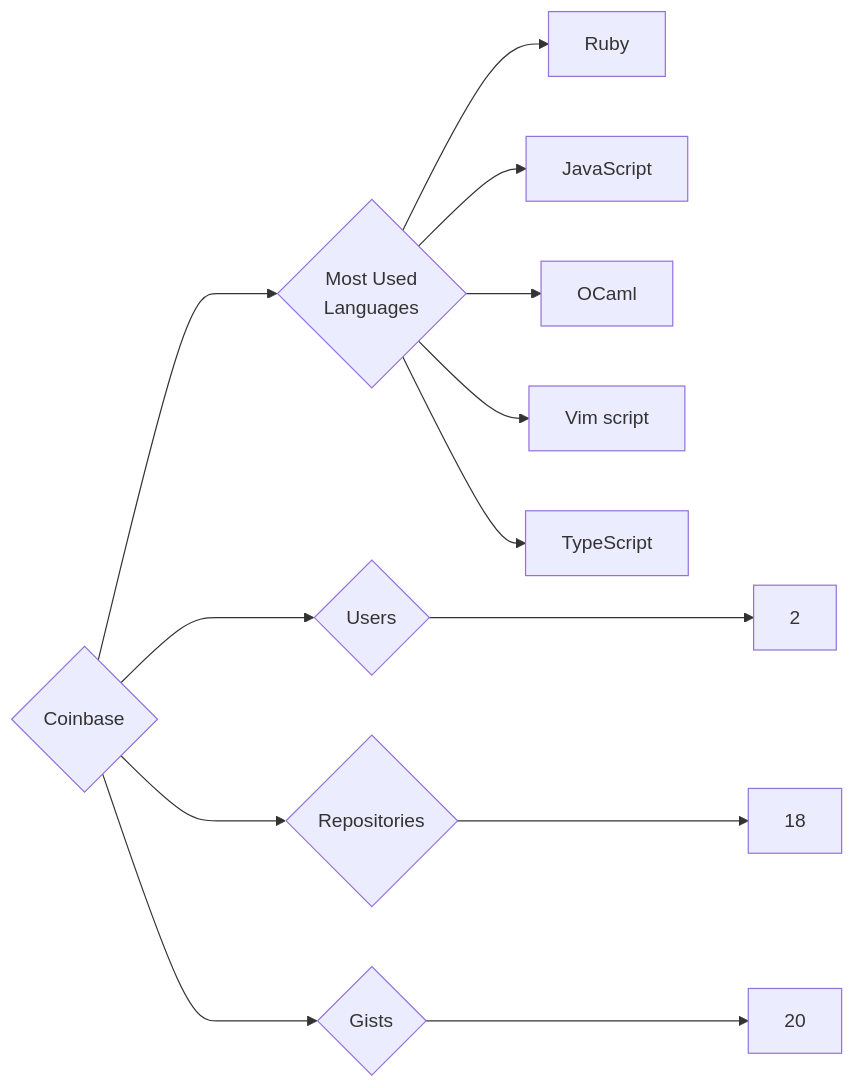
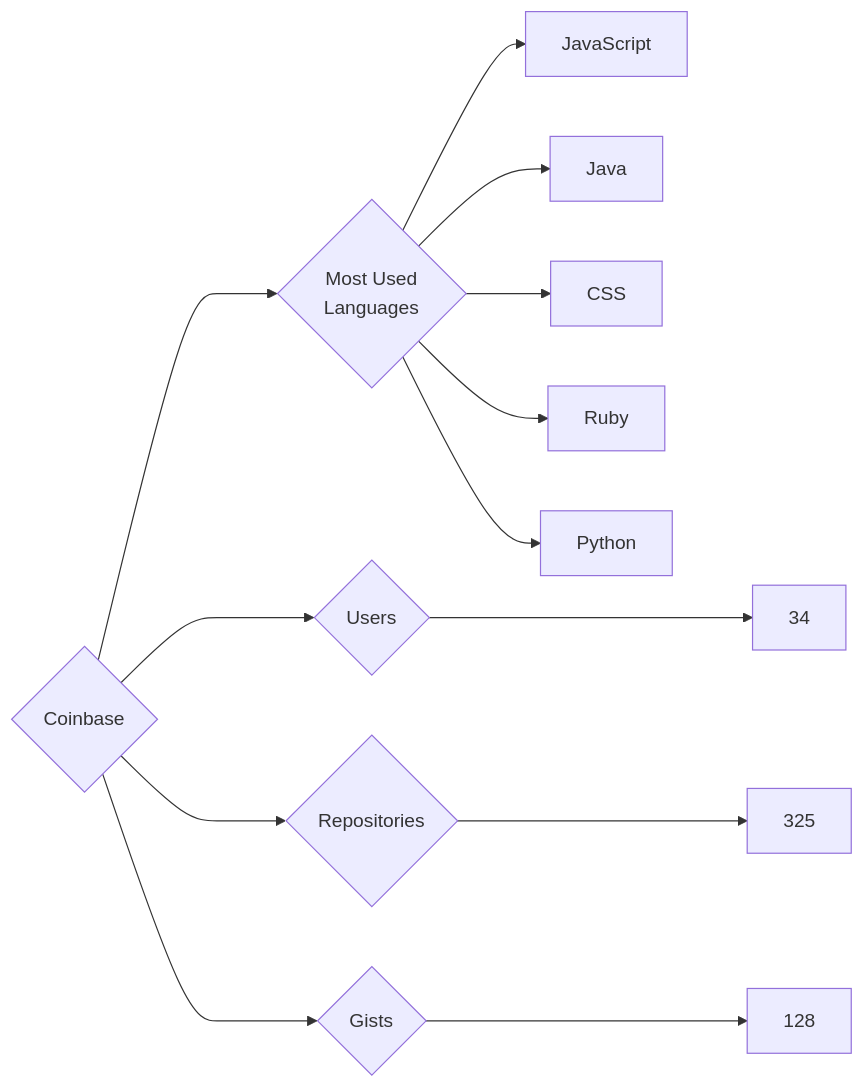
One commit to trickest/insiders changed the diagram in targets/Coinbase/README.md. Above: the diagram before and after it, drawn with Mermaid. The commit also changed 847 other files, not shown here.

````diff
--- a/targets/Coinbase/README.md
+++ b/targets/Coinbase/README.md
@@ -3,13 +3,13 @@
 ```mermaid
 graph LR
 COMPANY_NAME{Coinbase}
-COMPANY_NAME ---> U{Users} ---> UN[2]
-COMPANY_NAME ---> R{Repositories} ---> RN[18]
-COMPANY_NAME ---> G{Gists} ---> GN[20]
+COMPANY_NAME ---> U{Users} ---> UN[34]
+COMPANY_NAME ---> R{Repositories} ---> RN[325]
+COMPANY_NAME ---> G{Gists} ---> GN[128]
 COMPANY_NAME ---> ML{Most Used<br>Languages}
+ML --> JavaScript[JavaScript]
+ML --> Java[Java]
+ML --> CSS[CSS]
 ML --> Ruby[Ruby]
-ML --> JavaScript[JavaScript]
-ML --> OCaml[OCaml]
-ML --> Vim_script[Vim script]
-ML --> TypeScript[TypeScript]
+ML --> Python[Python]
 ```
````
